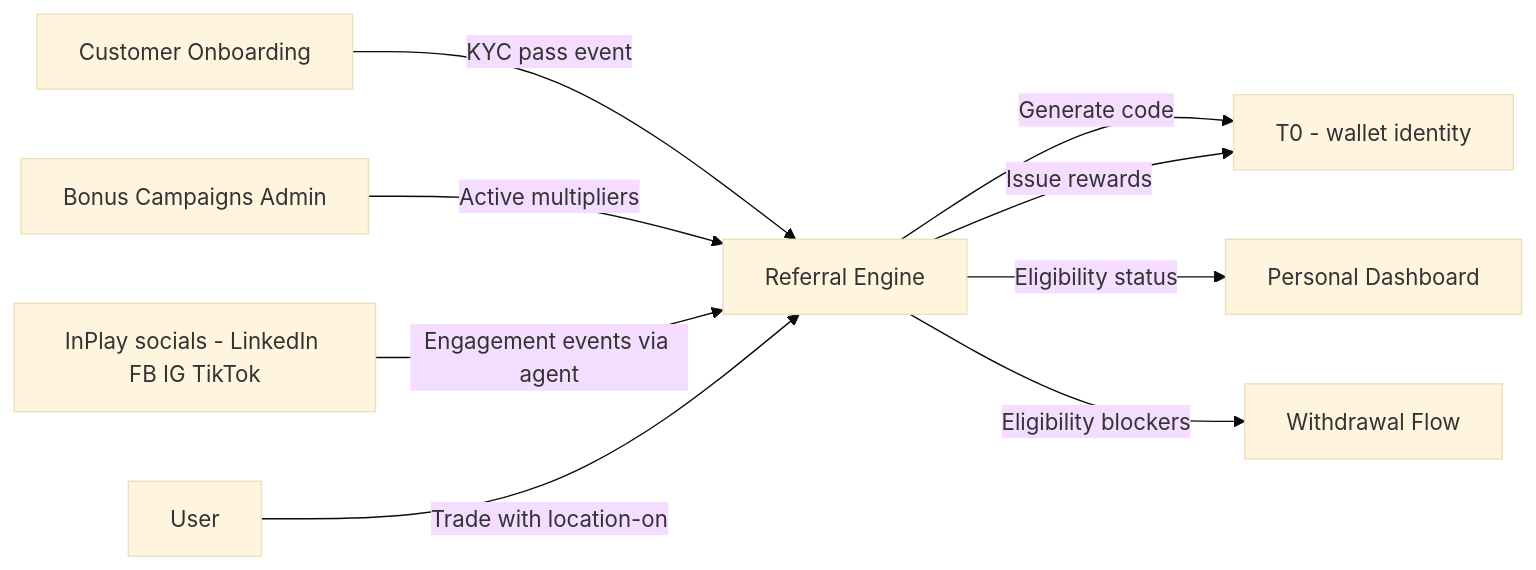
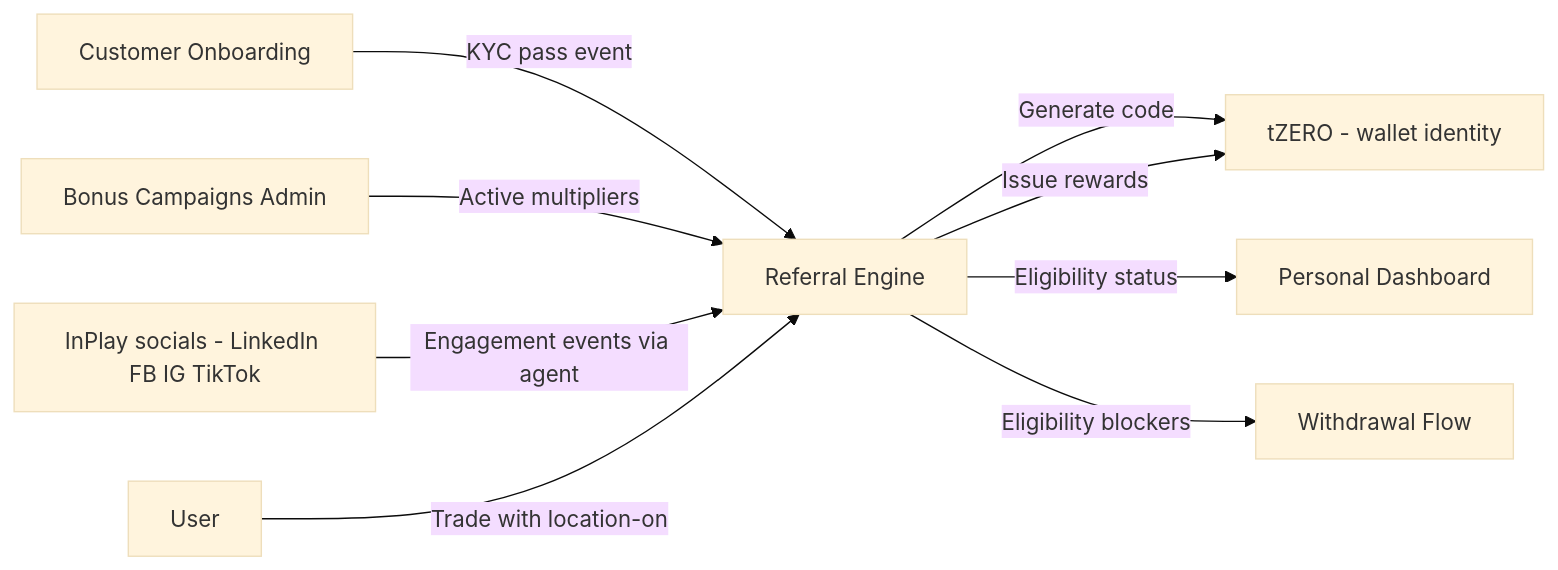
Before and after one commit to Novosapien/inplay-vault: the second of 2 diagrams in vault/components/referral/referral.md, drawn with Mermaid (base theme). The commit also changed other lines of this file and 94 other files, not shown here.

````diff
--- a/vault/components/referral/referral.md
+++ b/vault/components/referral/referral.md
@@ -215,11 +215,11 @@
 ```mermaid
 graph LR
     Onboarding[Customer Onboarding] -->|KYC pass event| ReferralEngine[Referral Engine]
-    ReferralEngine -->|Generate code| T0[T0 - wallet identity]
-    ReferralEngine -->|Issue rewards| T0
+    ReferralEngine -->|Generate code| tZERO[tZERO - wallet identity]
+    ReferralEngine -->|Issue rewards| tZERO
     Campaigns[Bonus Campaigns Admin] -->|Active multipliers| ReferralEngine
     Socials[InPlay socials - LinkedIn FB IG TikTok] -->|Engagement events via agent| ReferralEngine
     User[User] -->|Trade with location-on| ReferralEngine
     ReferralEngine -->|Eligibility status| Dashboard[Personal Dashboard]
     ReferralEngine -->|Eligibility blockers| Withdrawal[Withdrawal Flow]
 ```
````
